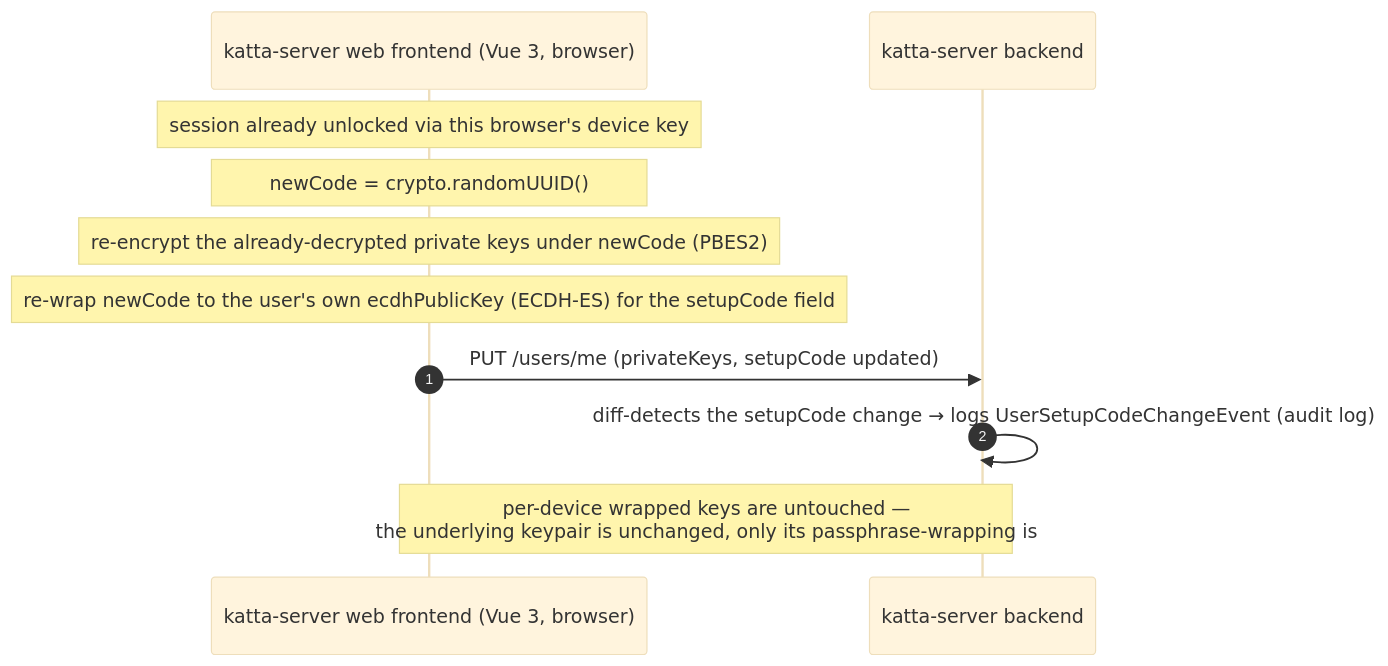
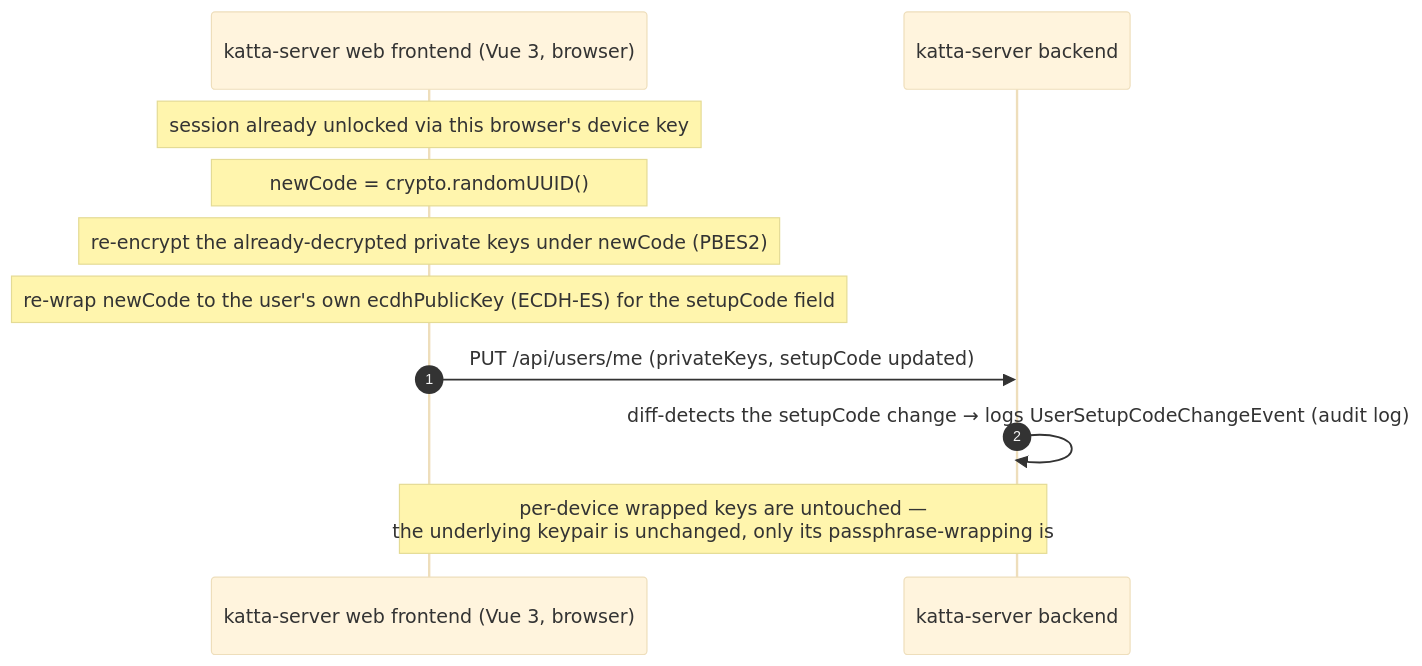
The fifth of 5 diagrams in docs/account_key_interactions.md (shift7-ch/katta-clientlib), drawn with Mermaid (base theme) before and after one commit. The commit also changed other lines of this file and 3 other files, not shown here.

First line of the commit message:
Normalize all backend endpoint paths to the /api prefix

````diff
--- a/docs/account_key_interactions.md
+++ b/docs/account_key_interactions.md
@@ -151,13 +151,13 @@
 ```mermaid
 sequenceDiagram
     autonumber
     participant Web as katta-server web frontend (Vue 3, browser)
     participant HubBackend as katta-server backend
     Note over Web: session already unlocked via this browser's device key
     Note over Web: newCode = crypto.randomUUID()
     Note over Web: re-encrypt the already-decrypted private keys under newCode (PBES2)
     Note over Web: re-wrap newCode to the user's own ecdhPublicKey (ECDH-ES) for the setupCode field
-    Web ->> HubBackend: PUT /users/me (privateKeys, setupCode updated)
+    Web ->> HubBackend: PUT /api/users/me (privateKeys, setupCode updated)
     HubBackend ->> HubBackend: diff-detects the setupCode change → logs UserSetupCodeChangeEvent (audit log)
     Note over Web, HubBackend: per-device wrapped keys are untouched —<br/>the underlying keypair is unchanged, only its passphrase-wrapping is
 ```
````
